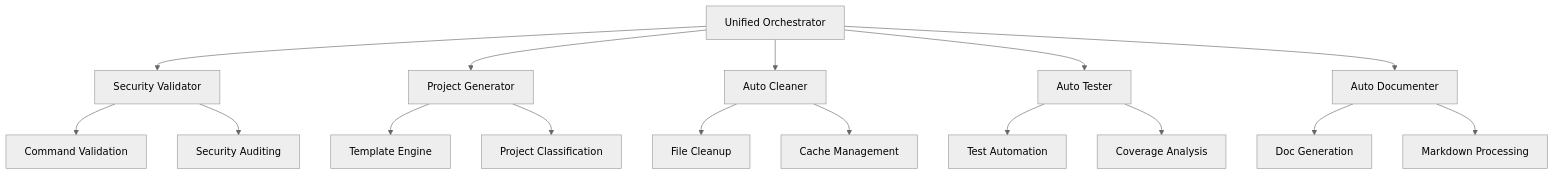
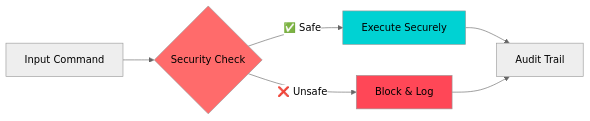
Before and after one commit to arkalia-luna-system/ia-pipeline: the second of 6 diagrams in README.md, drawn with Mermaid (neutral theme). The commit also changed other lines of this file and 2 other files, not shown here.

````diff
--- a/README.md
+++ b/README.md
@@ -27,23 +128,12 @@
 ```mermaid
-graph TB
-    A[Unified Orchestrator] --> B[Security Validator]
-    A --> C[Project Generator]
-    A --> D[Auto Cleaner]
-    A --> E[Auto Tester]
-    A --> F[Auto Documenter]
+graph LR
+    A[Input Command] --> B{Security Check}
+    B -->|✅ Safe| C[Execute Securely]
+    B -->|❌ Unsafe| D[Block & Log]
+    C --> E[Audit Trail]
+    D --> E
     
-    B --> G[Command Validation]
-    B --> H[Security Auditing]
-    
-    C --> I[Template Engine]
-    C --> J[Project Classification]
-    
-    D --> K[File Cleanup]
-    D --> L[Cache Management]
-    
-    E --> M[Test Automation]
-    E --> N[Coverage Analysis]
-    
-    F --> O[Doc Generation]
-    F --> P[Markdown Processing]
+    style B fill:#ff6b6b
+    style C fill:#00d2d3
+    style D fill:#ff4757
 ```
````
